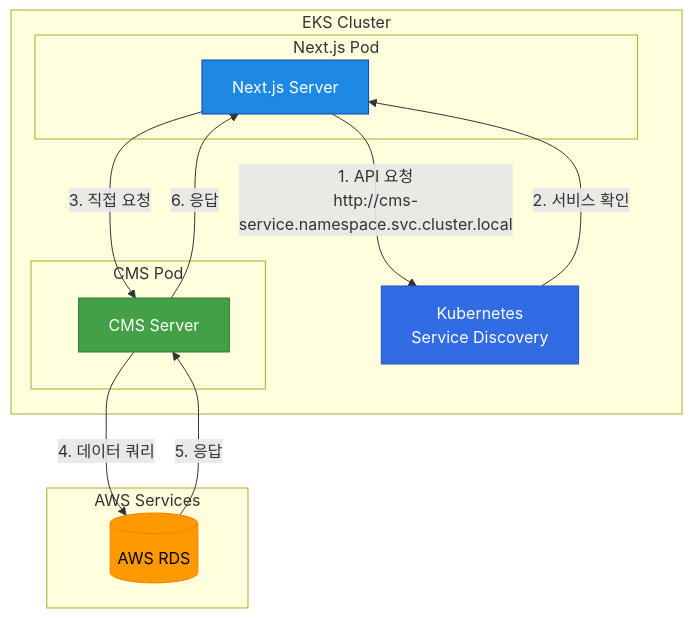
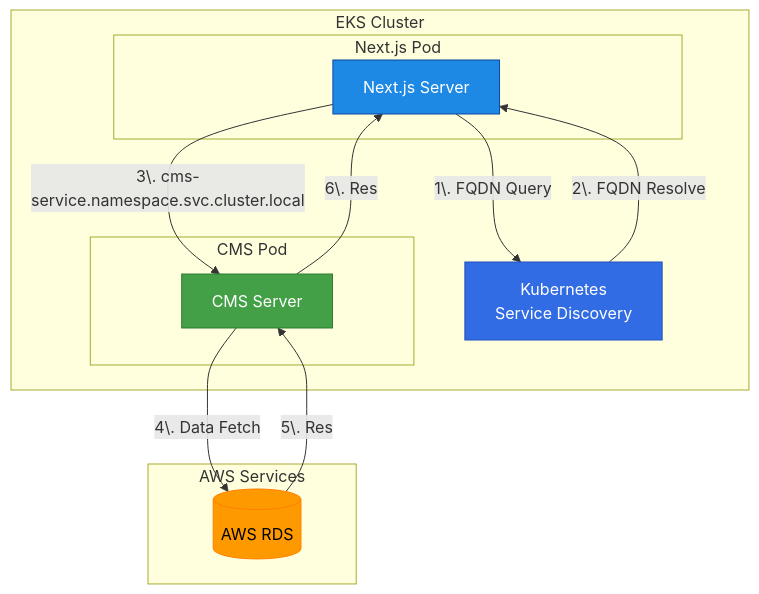
Before and after one commit to TnStory/tnstory.github.io: the second of 2 diagrams in docs/en/PoC/Kubernetes_ServiceDiscovery_Performance_PoC.md, drawn with Mermaid. The commit also changed other lines of this file and 12 other files, not shown here.

````diff
--- a/docs/en/PoC/Kubernetes_ServiceDiscovery_Performance_PoC.md
+++ b/docs/en/PoC/Kubernetes_ServiceDiscovery_Performance_PoC.md
@@ -106,35 +111,35 @@
 ```mermaid
 flowchart TD
     subgraph "EKS Cluster"
         subgraph "Next.js Pod"
             next[Next.js Server]
             style next fill:#1E88E5,stroke:#0D47A1,color:white
         end
         
-        k8ssd[Kubernetes\nService Discovery]
+        k8ssd[Kubernetes<br>Service Discovery]
         style k8ssd fill:#326CE5,stroke:#2350BD,color:white
         
         subgraph "CMS Pod"
             cms[CMS Server]
             style cms fill:#43A047,stroke:#2E7D32,color:white
         end
     end
     
     subgraph "AWS Services"
         rds[(AWS RDS)]
         style rds fill:#FF9900,stroke:#FF8000,color:black
     end
     
-    next -->|1. API 요청\nhttp://cms-service.namespace.svc.cluster.local| k8ssd
-    k8ssd -->|2. 서비스 확인| next
-    next -->|3. 직접 요청| cms
-    cms -->|4. 데이터 쿼리| rds
-    rds -->|5. 응답| cms
-    cms -->|6. 응답| next
+    next -->|1\. FQDN Query| k8ssd
+    k8ssd -->|2\. FQDN Resolve| next
+    next -->|3\. cms-service.namespace.svc.cluster.local| cms
+    cms -->|4\. Data Fetch| rds
+    rds -->|5\. Res| cms
+    cms -->|6\. Res| next
 
     classDef aws fill:#FF9900,stroke:#FF8000,color:black;
     classDef k8s fill:#326CE5,stroke:#2350BD,color:white;
     
     class rds aws;
     class next,cms,k8ssd k8s;
 ```
````
